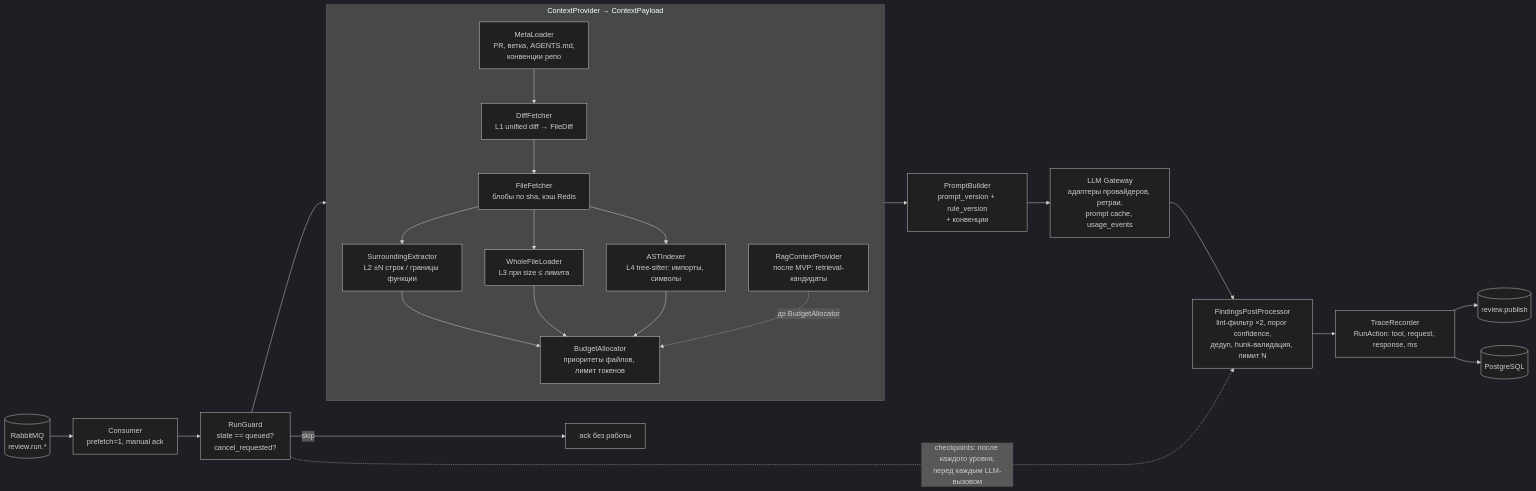
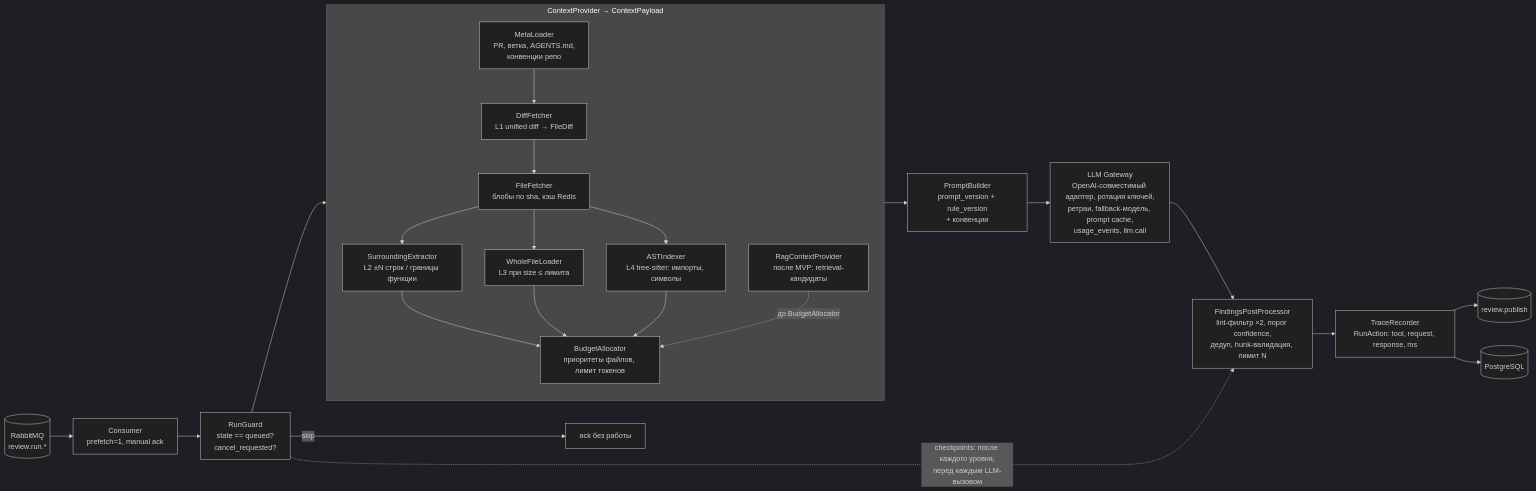
The third of 13 diagrams in docs/SYSTEM_DESIGN.md (larchanka-training/dmc-268-api-t6), drawn with Mermaid (dark theme) before and after one commit. The commit also changed other lines of this file and 48 other files, not shown here.

First line of the commit message:
feat(reviews): add LLM gateway with structured review output (#33) (#40)

````diff
--- a/docs/SYSTEM_DESIGN.md
+++ b/docs/SYSTEM_DESIGN.md
@@ -167,26 +167,26 @@
 ```mermaid
 flowchart LR
   MQ[(RabbitMQ<br/>review.run.*)] --> C[Consumer<br/>prefetch=1, manual ack]
   C --> G[RunGuard<br/>state == queued?<br/>cancel_requested?]
   G -->|skip| ACK[ack без работы]
   G --> CC
 
   subgraph CC[ContextProvider → ContextPayload]
     direction TB
     M[MetaLoader<br/>PR, ветка, AGENTS.md,<br/>конвенции репо] --> D[DiffFetcher<br/>L1 unified diff → FileDiff]
     D --> F[FileFetcher<br/>блобы по sha, кэш Redis]
     F --> S[SurroundingExtractor<br/>L2 ±N строк / границы функции]
     F --> W[WholeFileLoader<br/>L3 при size ≤ лимита]
     F --> A[ASTIndexer<br/>L4 tree-sitter: импорты, символы]
     S & W & A --> B[BudgetAllocator<br/>приоритеты файлов, лимит токенов]
     R[RagContextProvider<br/>после MVP: retrieval-кандидаты] -. до BudgetAllocator .-> B
   end
 
   B --> P[PromptBuilder<br/>prompt_version + rule_version<br/>+ конвенции]
-  P --> L[LLM Gateway<br/>адаптеры провайдеров, ретраи,<br/>prompt cache, usage_events]
+  P --> L[LLM Gateway<br/>OpenAI-совместимый адаптер, ротация ключей,<br/>ретраи, fallback-модель, prompt cache,<br/>usage_events, llm.call]
   L --> PP[FindingsPostProcessor<br/>lint-фильтр ×2, порог confidence,<br/>дедуп, hunk-валидация, лимит N]
   PP --> T[TraceRecorder<br/>RunAction: tool, request, response, ms]
   T --> OUT[(review.publish)]
   T --> PG[(PostgreSQL)]
   G -.checkpoints: после каждого уровня,<br/>перед каждым LLM-вызовом.-> PP
 ```
````
